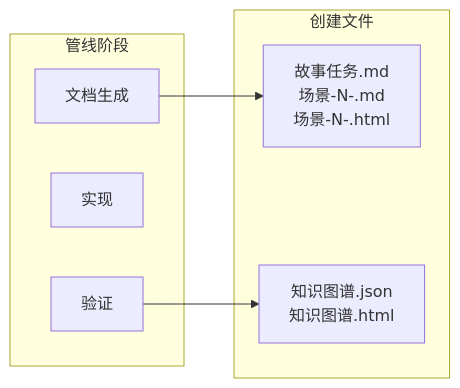
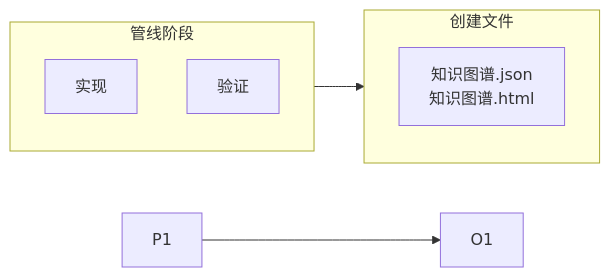
One commit to effiy/YrY changed the fifth of 11 diagrams in rules/doc-generation.md. Above: the diagram before and after it, drawn with Mermaid. The commit also changed other lines of this file and 1 other file, not shown here.

First line of the commit message:
fix: quote --no-send? label in rui-bot mermaid diagram + add M3a rule

````diff
--- a/rules/doc-generation.md
+++ b/rules/doc-generation.md
@@ -268,15 +290,16 @@
 ```mermaid
 flowchart LR
     subgraph 阶段["管线阶段"]
-        P1["文档生成"]:::phase
+        direction TB
         P2["实现"]:::phase
         P3["验证"]:::phase
     end
     subgraph 产出["创建文件"]
-        O1["故事任务.md<br/>场景-N-<slug>.md<br/>场景-N-<slug>.html"]:::file
+        direction TB
         O2["知识图谱.json<br/>知识图谱.html"]:::file
     end
     P1 --> O1
     P3 --> O2
 
+
 ```
````
